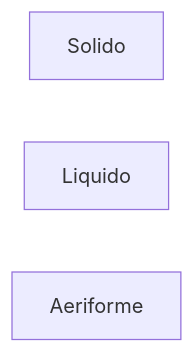
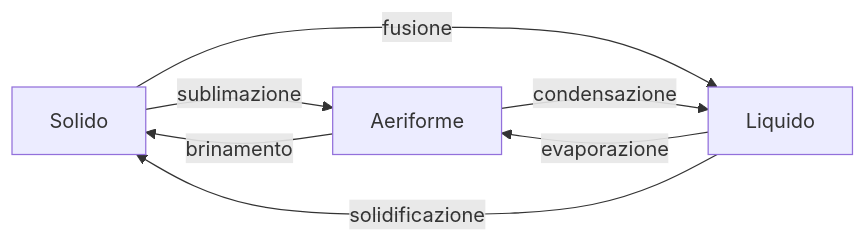
One commit to ErenKyojin/polimi-ing-info changed the diagram in Fisica/Termodinamica/cambiamenti di fase.md. Above: the diagram before and after it, drawn with Mermaid. The commit also changed other lines of this file and 4 other files, not shown here.

````diff
--- a/Fisica/Termodinamica/cambiamenti di fase.md
+++ b/Fisica/Termodinamica/cambiamenti di fase.md
@@ -7,7 +7,13 @@
 ```mermaid
 graph LR
 	A[Solido]
 	B[Liquido]
 	C[Aeriforme]
+	A -->|sublimazione| C
+	C -->|brinamento| A
+	B -->|evaporazione| C
+	A -->|fusione| B
+	B --> |solidificazione|A
+	C -->|condensazione| B
 	
 ```
````
